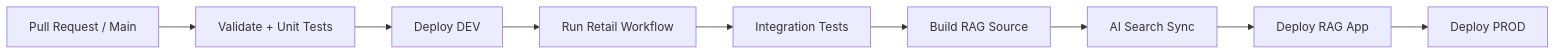
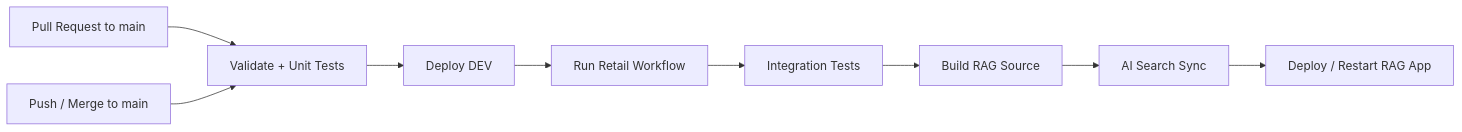
The fourth of 5 diagrams in README.md (yanquielarango/retail_project), drawn with Mermaid before and after one commit. The commit also changed other lines of this file and 14 other files, not shown here.

````diff
--- a/README.md
+++ b/README.md
@@ -463,21 +587,22 @@
 ```mermaid
 flowchart LR
-    PR[Pull Request / Main]
+    PR[Pull Request to main]
+    PUSH[Push / Merge to main]
     VAL[Validate + Unit Tests]
     DEV[Deploy DEV]
     WF[Run Retail Workflow]
     INT[Integration Tests]
     RAG[Build RAG Source]
     SYNC[AI Search Sync]
-    APP[Deploy RAG App]
-    PROD[Deploy PROD]
- 
+    APP[Deploy / Restart RAG App]
+
     PR --> VAL
+
+    PUSH --> VAL
     VAL --> DEV
     DEV --> WF
     WF --> INT
     INT --> RAG
     RAG --> SYNC
     SYNC --> APP
-    APP --> PROD
 ```
````
